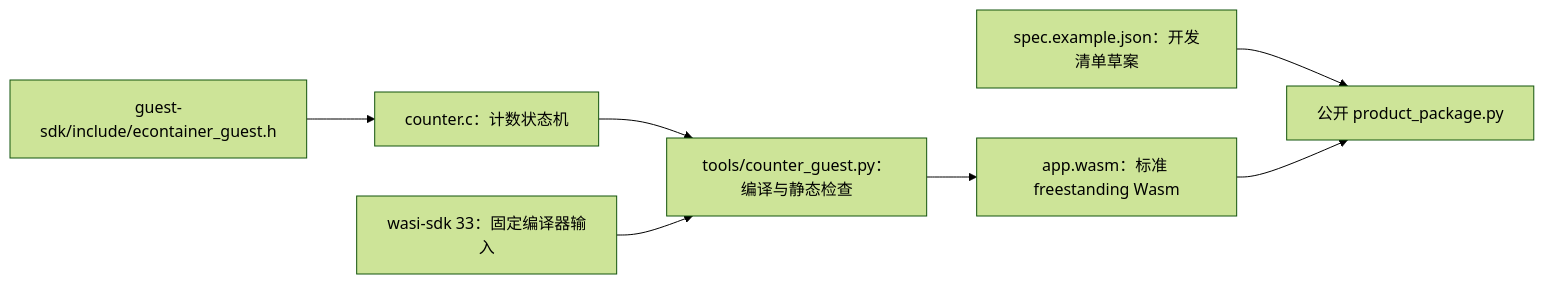
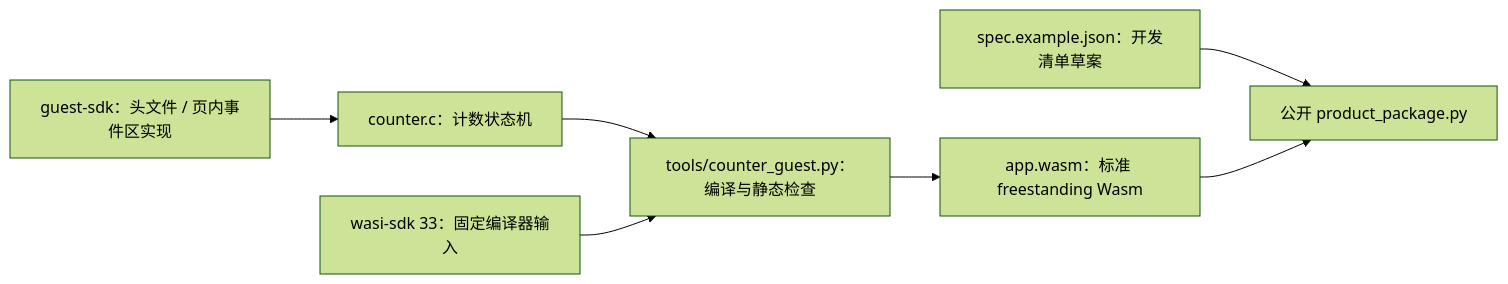
One commit to darren-you/esp-container changed the diagram in examples/counter/README.md. Above: the diagram before and after it, drawn with Mermaid (forest theme). The commit also changed other lines of this file and 45 other files, not shown here.

````diff
--- a/examples/counter/README.md
+++ b/examples/counter/README.md
@@ -7,9 +7,9 @@
 ```mermaid
 flowchart LR
-    sdk["guest-sdk/include/econtainer_guest.h"] --> source["counter.c：计数状态机"]
+    sdk["guest-sdk：头文件 / 页内事件区实现"] --> source["counter.c：计数状态机"]
     source --> builder["tools/counter_guest.py：编译与静态检查"]
     wasi["wasi-sdk 33：固定编译器输入"] --> builder
     builder --> wasm["app.wasm：标准 freestanding Wasm"]
     spec["spec.example.json：开发清单草案"] --> package["公开 product_package.py"]
     wasm --> package
 ```
````
